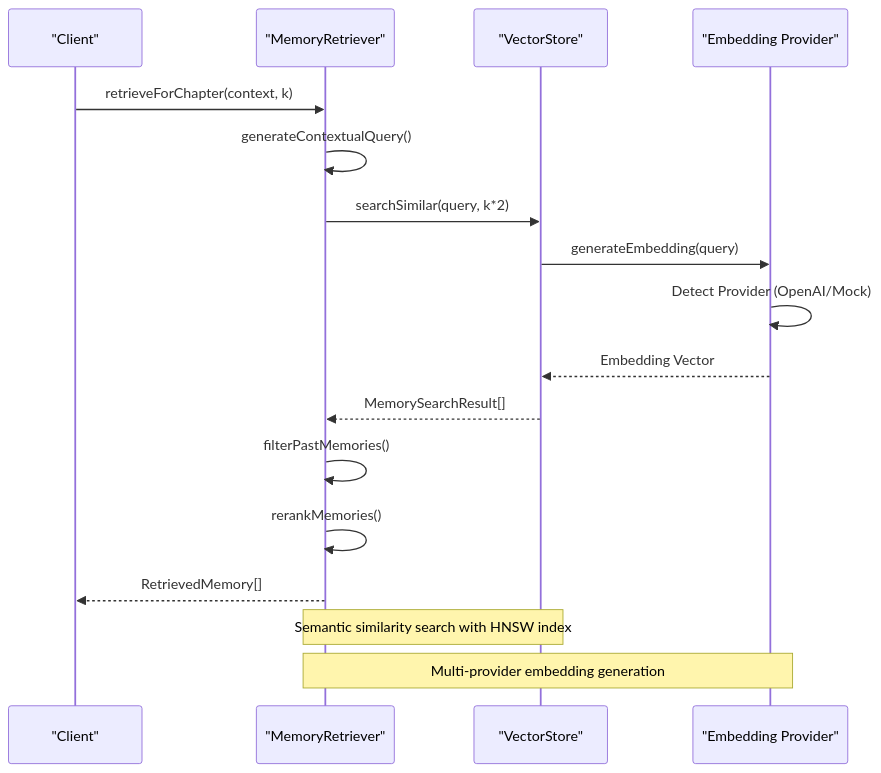
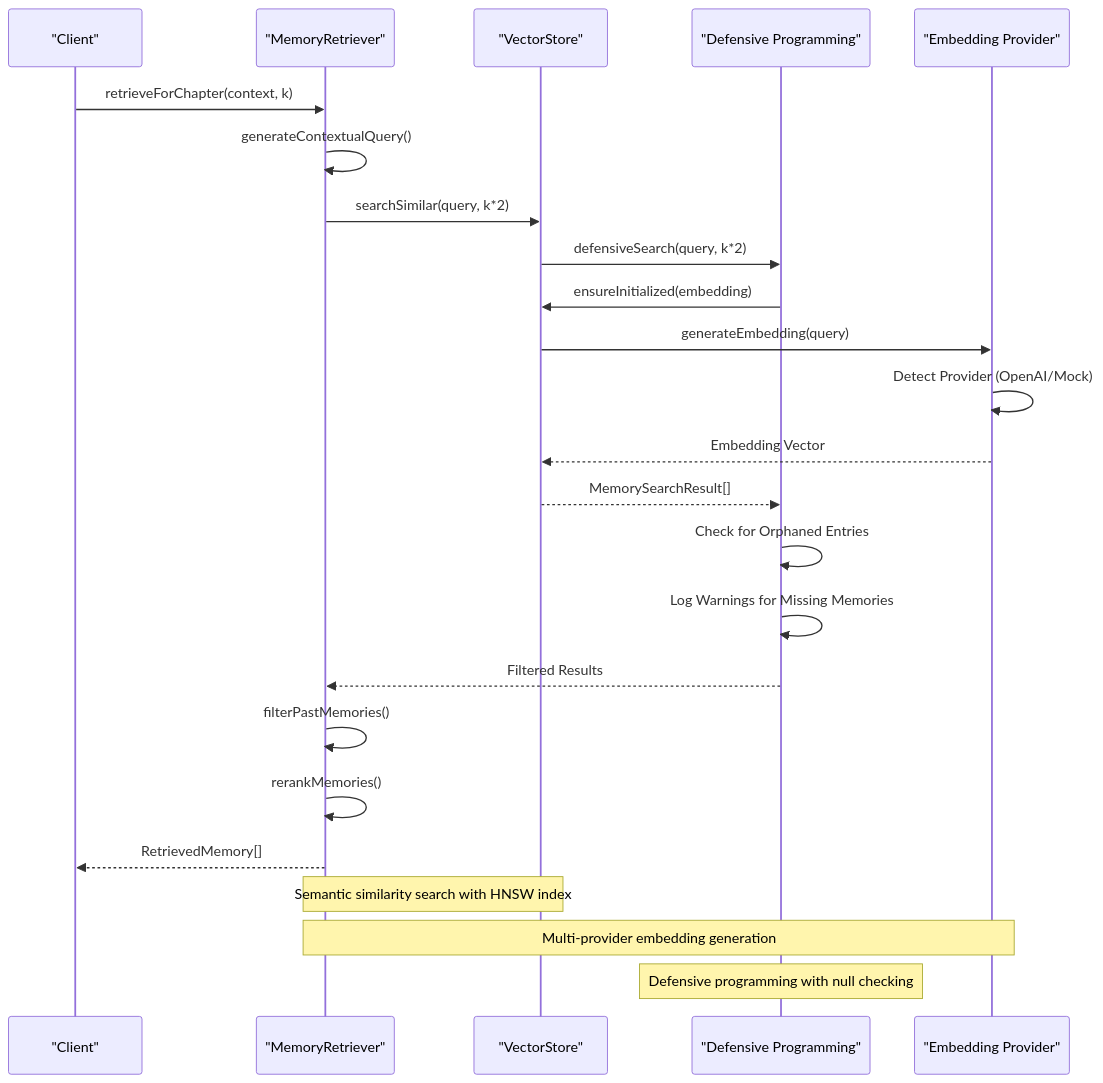
One commit to liwonder/NARRITIVE_OS changed the third of 12 diagrams in .qoder/repowiki/en/content/Memory Management System/Vector Memory System.md. Above: the diagram before and after it, drawn with Mermaid. The commit also changed other lines of this file and 17 other files, not shown here.

````diff
--- a/.qoder/repowiki/en/content/Memory Management System/Vector Memory System.md
+++ b/.qoder/repowiki/en/content/Memory Management System/Vector Memory System.md
@@ -164,19 +172,26 @@
 ```mermaid
 sequenceDiagram
 participant Client as "Client"
 participant MR as "MemoryRetriever"
 participant VS as "VectorStore"
+participant DEF as "Defensive Programming"
 participant EMB as "Embedding Provider"
 Client->>MR : retrieveForChapter(context, k)
 MR->>MR : generateContextualQuery()
 MR->>VS : searchSimilar(query, k*2)
+VS->>DEF : defensiveSearch(query, k*2)
+DEF->>VS : ensureInitialized(embedding)
 VS->>EMB : generateEmbedding(query)
 EMB->>EMB : Detect Provider (OpenAI/Mock)
 EMB-->>VS : Embedding Vector
-VS-->>MR : MemorySearchResult[]
+VS-->>DEF : MemorySearchResult[]
+DEF->>DEF : Check for Orphaned Entries
+DEF->>DEF : Log Warnings for Missing Memories
+DEF-->>MR : Filtered Results
 MR->>MR : filterPastMemories()
 MR->>MR : rerankMemories()
 MR-->>Client : RetrievedMemory[]
 Note over MR,VS : Semantic similarity search with HNSW index
 Note over MR,EMB : Multi-provider embedding generation
+Note over DEF : Defensive programming with null checking
 ```
````
